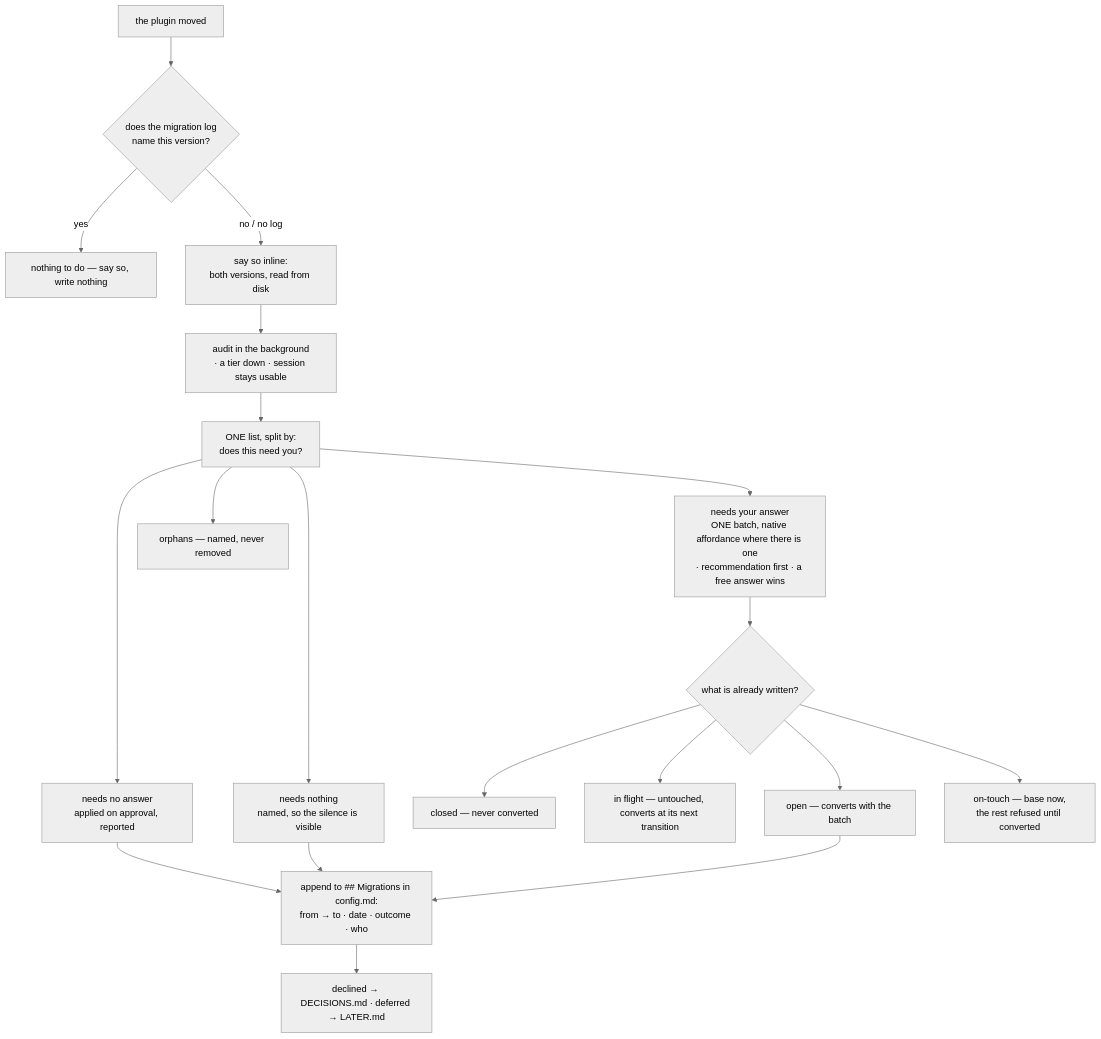
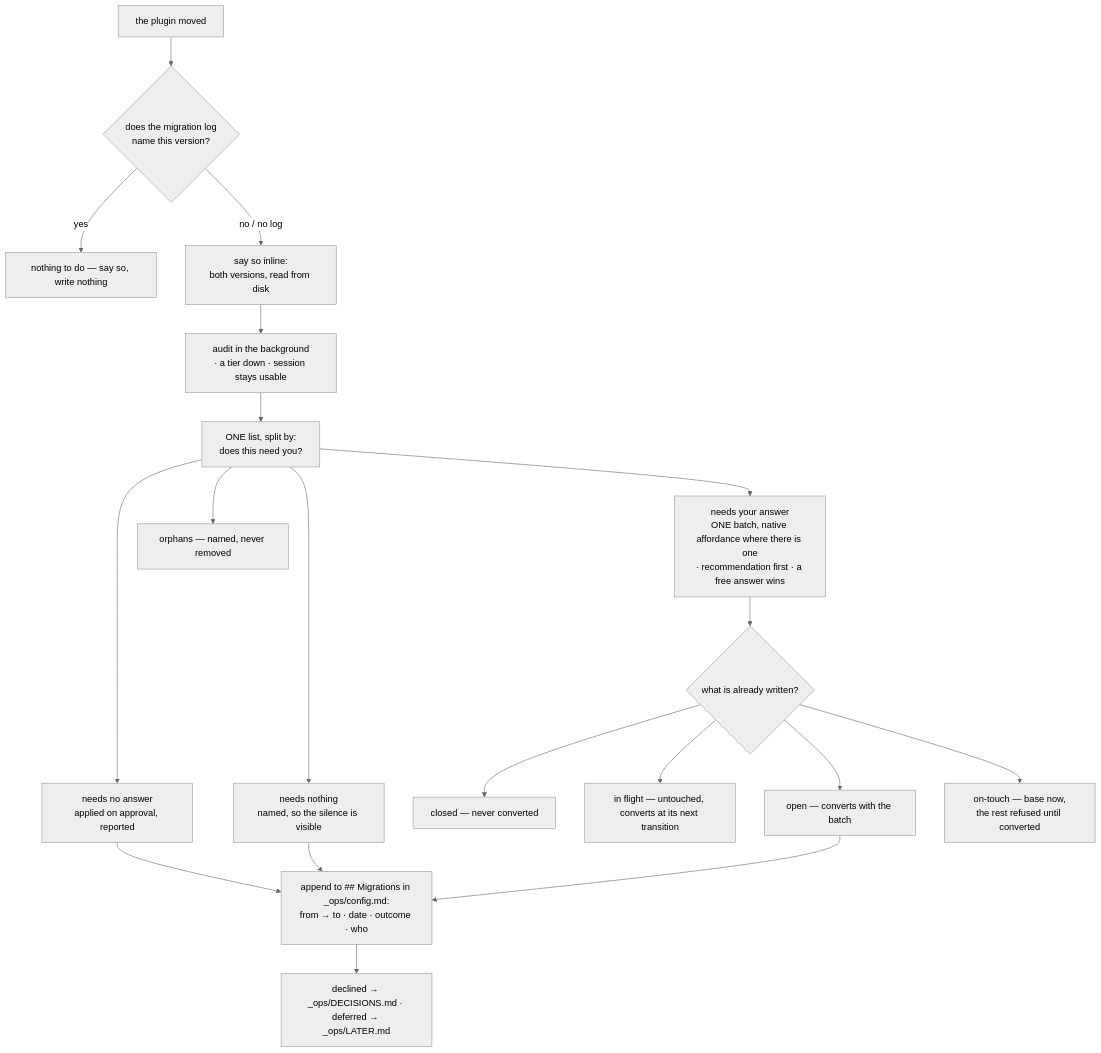
Before and after one commit to jamillazarev/opsinist: diagram 15 of 24 in diagrams.md, drawn with Mermaid (neutral theme). The commit also changed other lines of this file and 23 other files, not shown here.

````diff
--- a/diagrams.md
+++ b/diagrams.md
@@ -298,21 +298,21 @@
 ```mermaid
 flowchart TD
   M[the plugin moved] --> R{does the migration log<br/>name this version?}
   R -- yes --> N[nothing to do — say so, write nothing]
   R -- no / no log --> S[say so inline:<br/>both versions, read from disk]
   S --> A[audit in the background<br/>· a tier down · session stays usable]
   A --> L[ONE list, split by:<br/>does this need you?]
   L --> M1[needs no answer<br/>applied on approval, reported]
   L --> M2[needs your answer<br/>ONE batch, native affordance where there is one<br/>· recommendation first · a free answer wins]
   L --> M3[needs nothing<br/>named, so the silence is visible]
   L --> M4[orphans — named, never removed]
   M2 --> W{what is already written?}
   W --> W1[closed — never converted]
   W --> W2[in flight — untouched, converts at its next transition]
   W --> W3[open — converts with the batch]
   W --> W4[on-touch — base now,<br/>the rest refused until converted]
-  M1 --> G[append to ## Migrations in config.md:<br/>from → to · date · outcome · who]
+  M1 --> G[append to ## Migrations in _ops/config.md:<br/>from → to · date · outcome · who]
   M3 --> G
   W3 --> G
-  G --> Z[declined → DECISIONS.md · deferred → LATER.md]
+  G --> Z[declined → _ops/DECISIONS.md · deferred → _ops/LATER.md]
 ```
````
